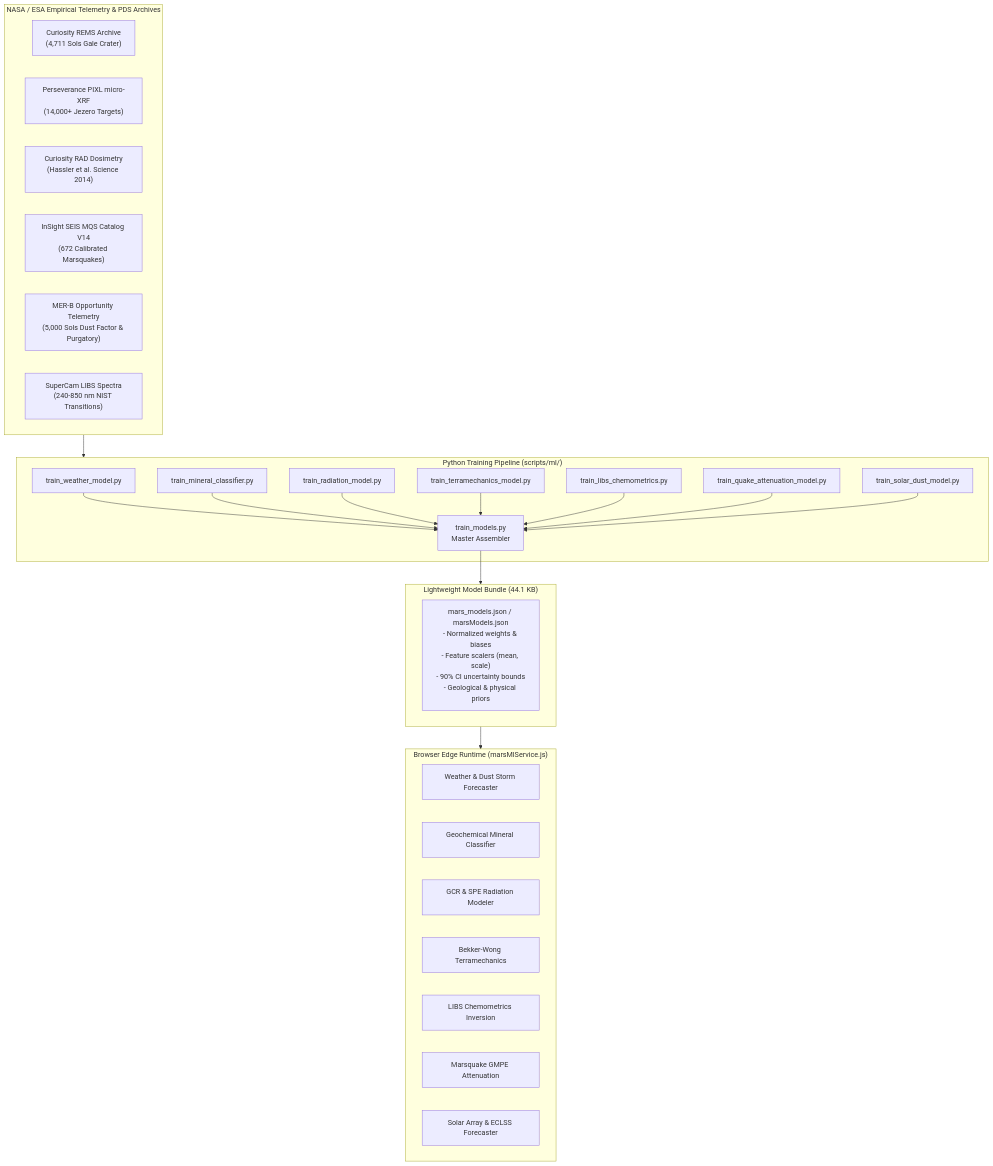
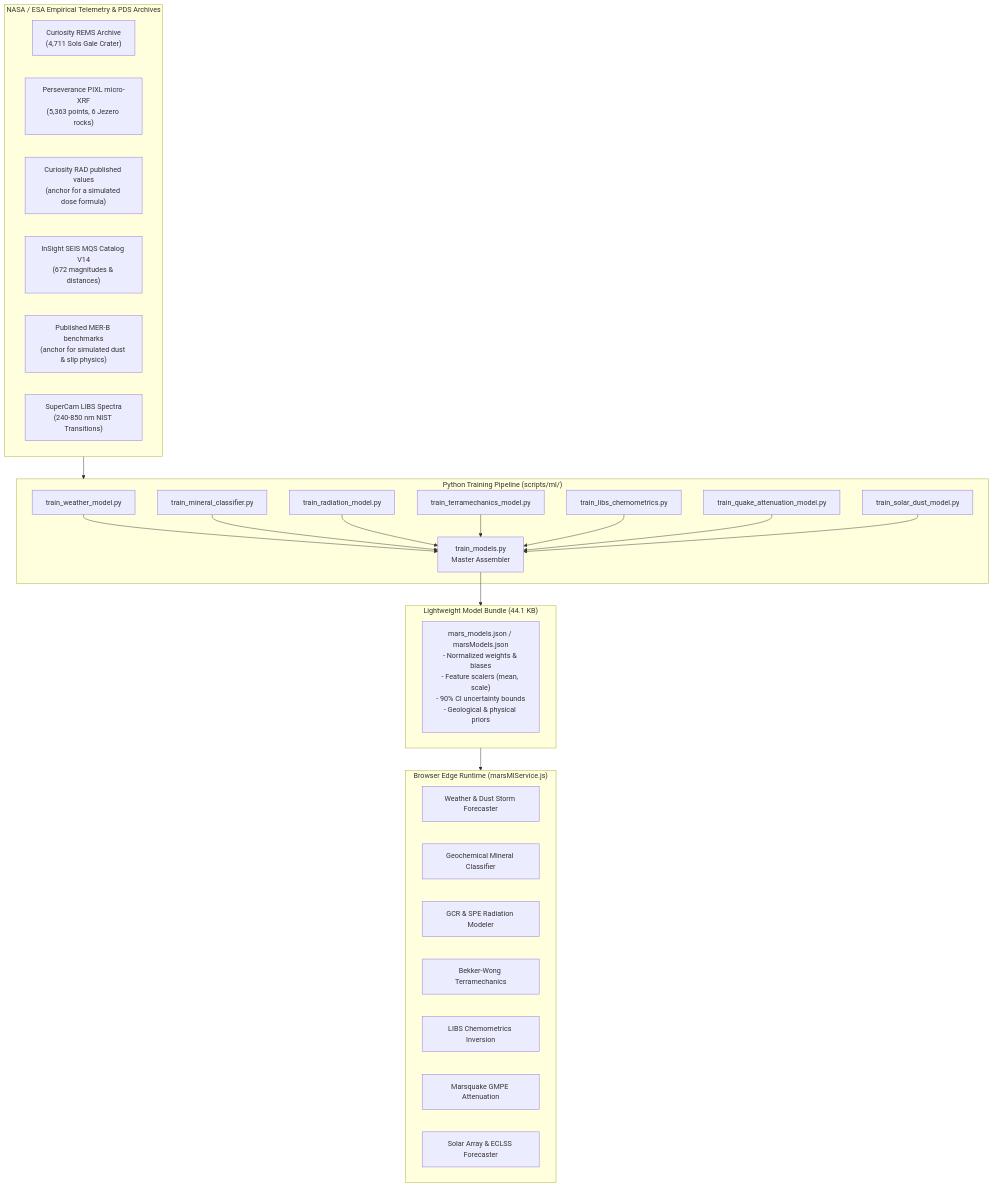
The first of 3 diagrams in docs/ML_MODELS_SPECIFICATION.md (Dipbroto/Martis-Ovikorsho), drawn with Mermaid before and after one commit. The commit also changed other lines of this file and 35 other files, not shown here.

````diff
--- a/docs/ML_MODELS_SPECIFICATION.md
+++ b/docs/ML_MODELS_SPECIFICATION.md
@@ -17,41 +25,41 @@
 ```mermaid
 flowchart TD
     subgraph DataSources["NASA / ESA Empirical Telemetry & PDS Archives"]
         D1["Curiosity REMS Archive<br/>(4,711 Sols Gale Crater)"]
-        D2["Perseverance PIXL micro-XRF<br/>(14,000+ Jezero Targets)"]
-        D3["Curiosity RAD Dosimetry<br/>(Hassler et al. Science 2014)"]
-        D4["InSight SEIS MQS Catalog V14<br/>(672 Calibrated Marsquakes)"]
-        D5["MER-B Opportunity Telemetry<br/>(5,000 Sols Dust Factor & Purgatory)"]
+        D2["Perseverance PIXL micro-XRF<br/>(5,363 points, 6 Jezero rocks)"]
+        D3["Curiosity RAD published values<br/>(anchor for a simulated dose formula)"]
+        D4["InSight SEIS MQS Catalog V14<br/>(672 magnitudes & distances)"]
+        D5["Published MER-B benchmarks<br/>(anchor for simulated dust & slip physics)"]
         D6["SuperCam LIBS Spectra<br/>(240-850 nm NIST Transitions)"]
     end
 
     subgraph TrainingPipeline["Python Training Pipeline (scripts/ml/)"]
         P1["train_weather_model.py"]
         P2["train_mineral_classifier.py"]
         P3["train_radiation_model.py"]
         P4["train_terramechanics_model.py"]
         P5["train_libs_chemometrics.py"]
         P6["train_quake_attenuation_model.py"]
         P7["train_solar_dust_model.py"]
         TALL["train_models.py<br/>Master Assembler"]
     end
 
     subgraph CompactArtifact["Lightweight Model Bundle (44.1 KB)"]
         JSON["mars_models.json / marsModels.json<br/>- Normalized weights & biases<br/>- Feature scalers (mean, scale)<br/>- 90% CI uncertainty bounds<br/>- Geological & physical priors"]
     end
 
     subgraph ClientRuntime["Browser Edge Runtime (marsMlService.js)"]
         R1["Weather & Dust Storm Forecaster"]
         R2["Geochemical Mineral Classifier"]
         R3["GCR & SPE Radiation Modeler"]
         R4["Bekker-Wong Terramechanics"]
         R5["LIBS Chemometrics Inversion"]
         R6["Marsquake GMPE Attenuation"]
         R7["Solar Array & ECLSS Forecaster"]
     end
 
     DataSources --> TrainingPipeline
     P1 & P2 & P3 & P4 & P5 & P6 & P7 --> TALL
     TALL --> CompactArtifact
     CompactArtifact --> ClientRuntime
 ```
````
